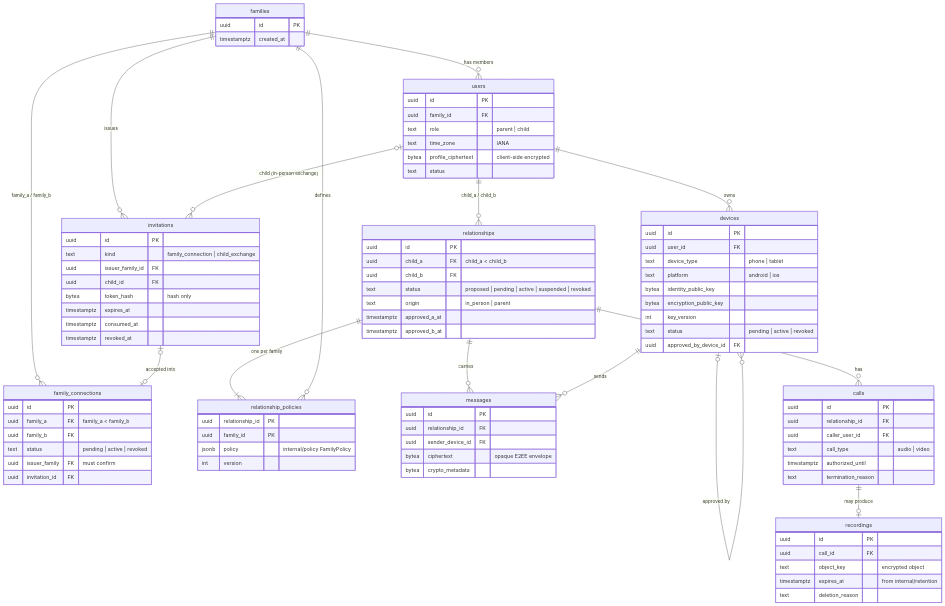
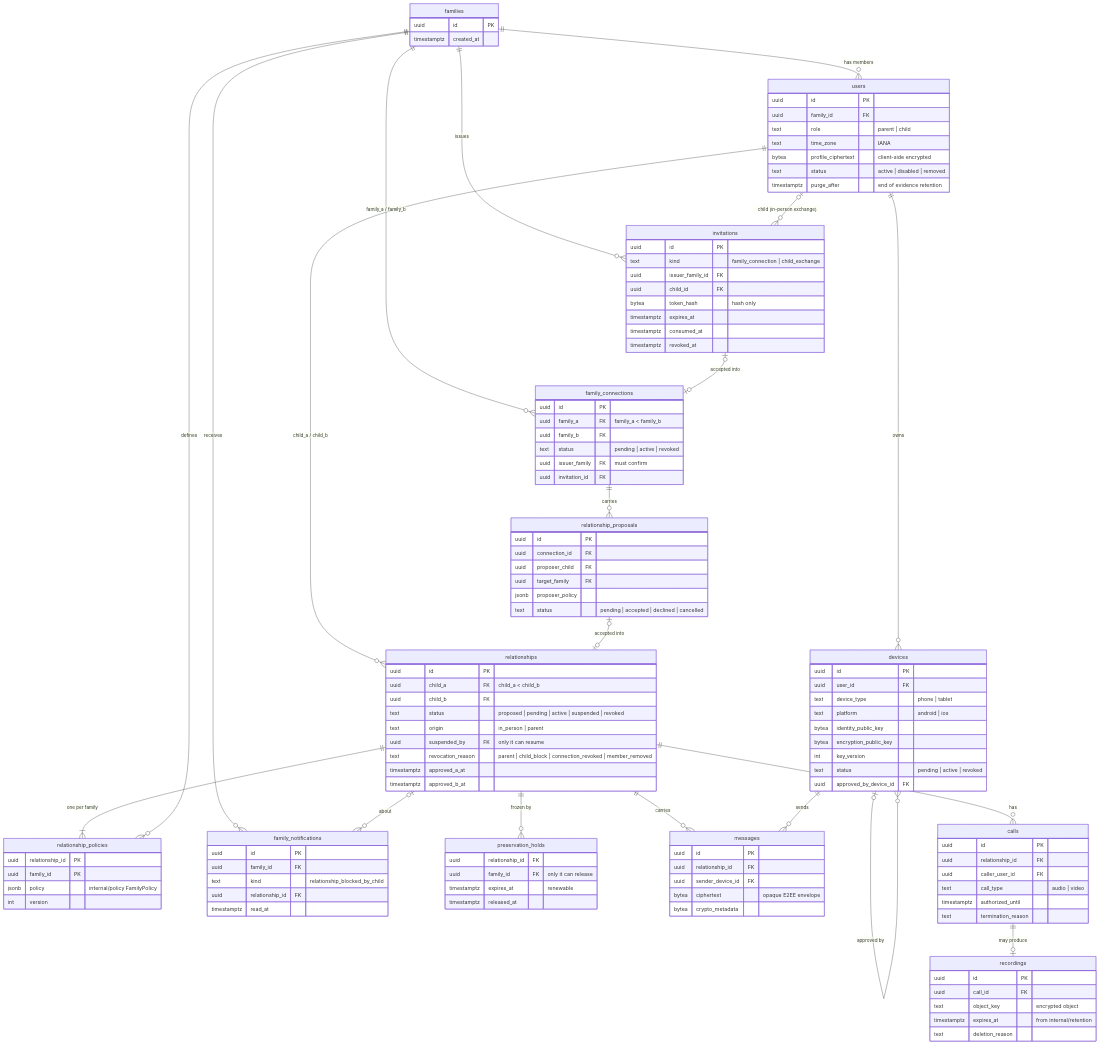
The diagram in docs/data-model.md (frbayart/tkc), drawn with Mermaid before and after one commit. The commit also changed other lines of this file and 30 other files, not shown here.

```diff
--- a/docs/data-model.md
+++ b/docs/data-model.md
@@ -23,11 +23,16 @@
     users |o--o{ invitations : "child (in-person exchange)"
     users ||--o{ relationships : "child_a / child_b"
     relationships ||--|{ relationship_policies : "one per family"
+    families ||--o{ family_notifications : receives
+    relationships ||--o{ preservation_holds : "frozen by"
+    relationships |o--o{ family_notifications : about
     families ||--o{ relationship_policies : defines
     relationships ||--o{ messages : carries
     devices ||--o{ messages : sends
     relationships ||--o{ calls : has
     calls ||--o| recordings : "may produce"
+    family_connections ||--o{ relationship_proposals : carries
+    relationship_proposals |o--o| relationships : "accepted into"
 
     families {
         uuid id PK
@@ -39,7 +44,8 @@
         text role "parent | child"
         text time_zone "IANA"
         bytea profile_ciphertext "client-side encrypted"
-        text status
+        text status "active | disabled | removed"
+        timestamptz purge_after "end of evidence retention"
     }
     devices {
         uuid id PK
@@ -76,8 +82,31 @@
         uuid child_b FK
         text status "proposed | pending | active | suspended | revoked"
         text origin "in_person | parent"
+        uuid suspended_by FK "only it can resume"
+        text revocation_reason "parent | child_block | connection_revoked | member_removed"
         timestamptz approved_a_at
         timestamptz approved_b_at
+    }
+    relationship_proposals {
+        uuid id PK
+        uuid connection_id FK
+        uuid proposer_child FK
+        uuid target_family FK
+        jsonb proposer_policy
+        text status "pending | accepted | declined | cancelled"
+    }
+    preservation_holds {
+        uuid relationship_id FK
+        uuid family_id FK "only it can release"
+        timestamptz expires_at "renewable"
+        timestamptz released_at
+    }
+    family_notifications {
+        uuid id PK
+        uuid family_id FK
+        text kind "relationship_blocked_by_child"
+        uuid relationship_id FK
+        timestamptz read_at
     }
     relationship_policies {
         uuid relationship_id PK
```
